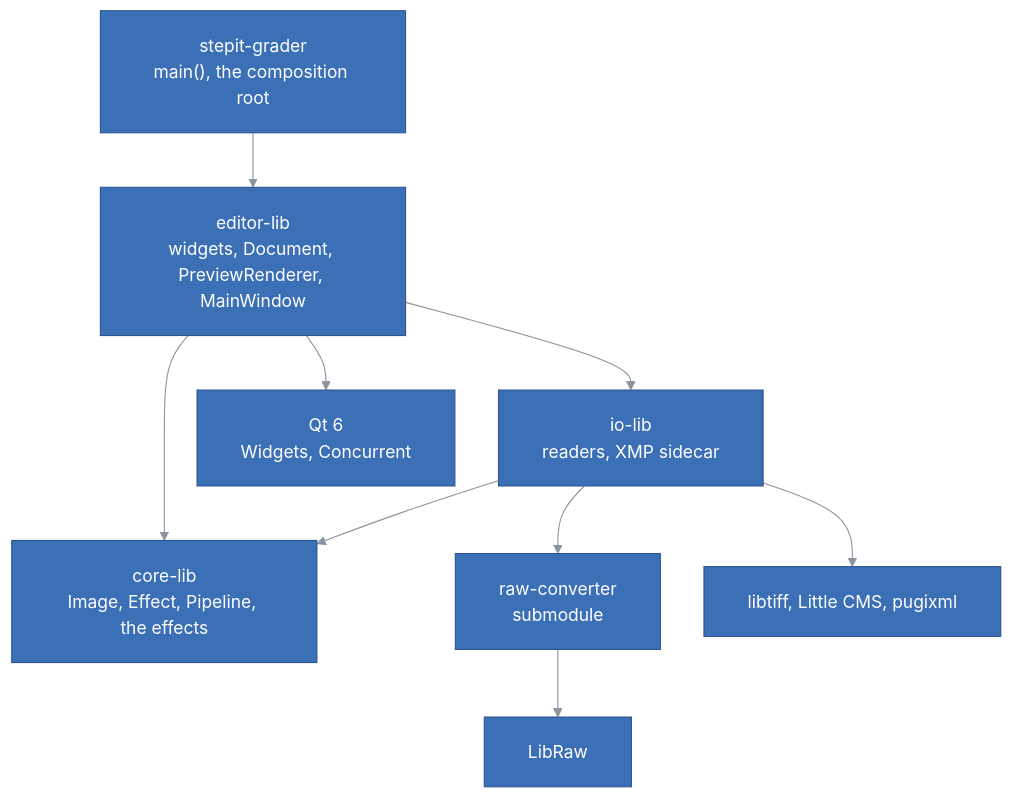
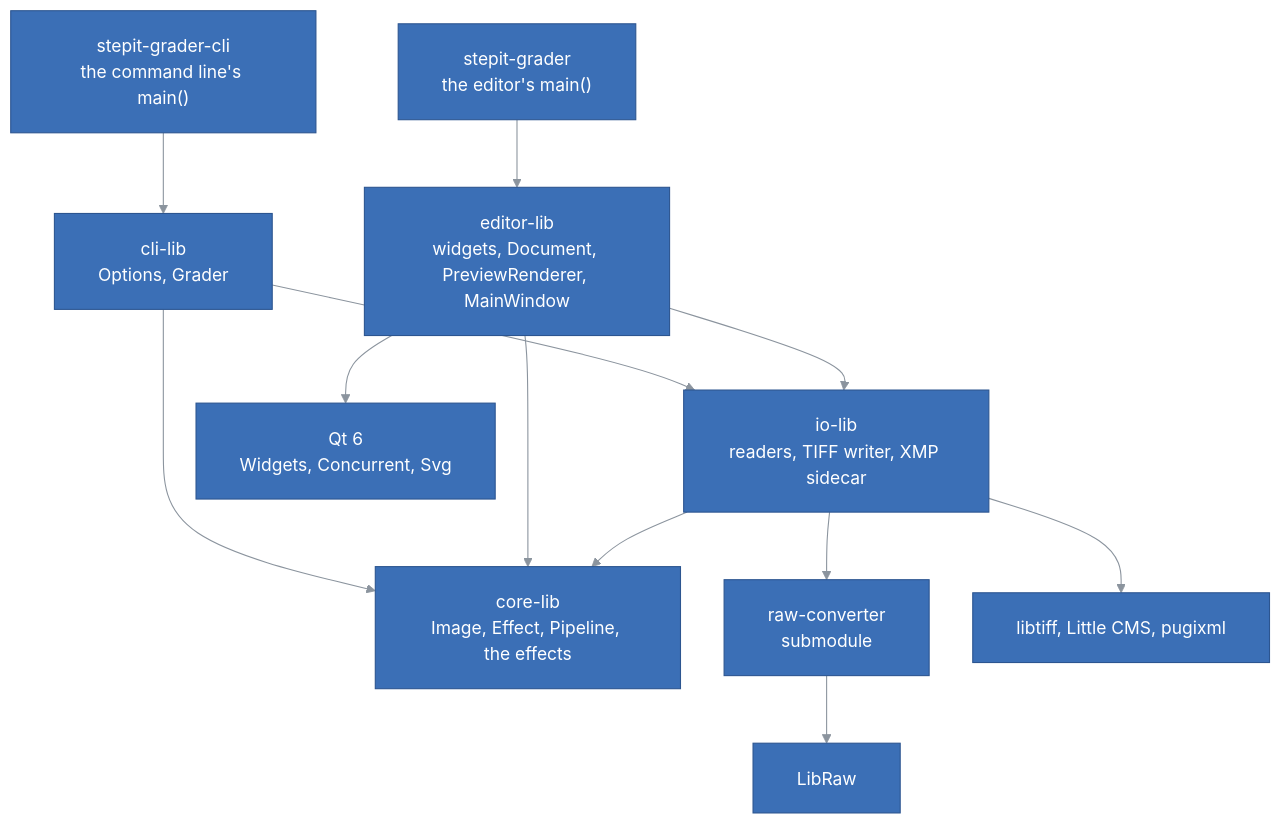
Before and after one commit to kineticsystem/stepit-grader: the first of 2 diagrams in docs/ARCHITECTURE.md, drawn with Mermaid. The commit also changed other lines of this file and 24 other files, not shown here.

First line of the commit message:
stepit-grader-cli: grade pictures with saved settings, without a window

````diff
--- a/docs/ARCHITECTURE.md
+++ b/docs/ARCHITECTURE.md
@@ -38,75 +39,80 @@
 ```mermaid
 ---
 config:
   theme: base
   themeCSS: ".edgeLabel p { padding: 4px 10px; }"
   flowchart:
     padding: 20
     nodeSpacing: 40
     rankSpacing: 50
   class:
     padding: 16
   sequence:
     boxMargin: 12
     boxTextMargin: 8
     noteMargin: 28
     messageMargin: 40
     actorMargin: 60
     labelBoxWidth: 56
     labelBoxHeight: 28
   themeVariables:
     primaryColor: "#3b6fb6"
     primaryTextColor: "#ffffff"
     primaryBorderColor: "#2c5590"
     lineColor: "#8b949e"
     textColor: "#4d86d6"
     actorBkg: "#3b6fb6"
     actorBorder: "#2c5590"
     actorTextColor: "#ffffff"
     actorLineColor: "#8b949e"
     signalColor: "#8b949e"
     signalTextColor: "#4d86d6"
     noteBkgColor: "#3b6fb6"
     noteTextColor: "#ffffff"
     noteBorderColor: "#2c5590"
     secondaryColor: "#3b6fb6"
     tertiaryColor: "#3b6fb6"
     clusterBkg: "transparent"
     clusterBorder: "#8b949e"
     titleColor: "#4d86d6"
     edgeLabelBackground: "#3b6fb6"
     classText: "#ffffff"
     labelBoxBkgColor: "#3b6fb6"
     labelBoxBorderColor: "#2c5590"
     labelTextColor: "#ffffff"
     loopTextColor: "#4d86d6"
     mainBkg: "#3b6fb6"
     nodeBorder: "#2c5590"
     nodeTextColor: "#ffffff"
     secondaryBorderColor: "#2c5590"
     secondaryTextColor: "#ffffff"
     tertiaryBorderColor: "#2c5590"
     tertiaryTextColor: "#ffffff"
     errorBkgColor: "#3b6fb6"
     errorTextColor: "#ffffff"
 ---
 flowchart TB
-    App["stepit-grader<br/>main(), the composition root"]
+    App["stepit-grader<br/>the editor's main()"]
+    Cli["stepit-grader-cli<br/>the command line's main()"]
     Editor["editor-lib<br/>widgets, Document, PreviewRenderer, MainWindow"]
-    IO["io-lib<br/>readers, XMP sidecar"]
+    CliLib["cli-lib<br/>Options, Grader"]
+    IO["io-lib<br/>readers, TIFF writer, XMP sidecar"]
     Core["core-lib<br/>Image, Effect, Pipeline, the effects"]
     Raw["raw-converter<br/>submodule"]
-    Qt["Qt 6<br/>Widgets, Concurrent"]
+    Qt["Qt 6<br/>Widgets, Concurrent, Svg"]
     Libs["libtiff, Little CMS, pugixml"]
     LibRaw["LibRaw"]
     App --> Editor
+    Cli --> CliLib
+    CliLib --> IO
+    CliLib --> Core
     Editor --> IO
     Editor --> Core
     Editor --> Qt
     IO --> Core
     IO --> Raw
     IO --> Libs
     Raw --> LibRaw
 
     classDef default fill:#3b6fb6,stroke:#2c5590,color:#ffffff
 ```
````
